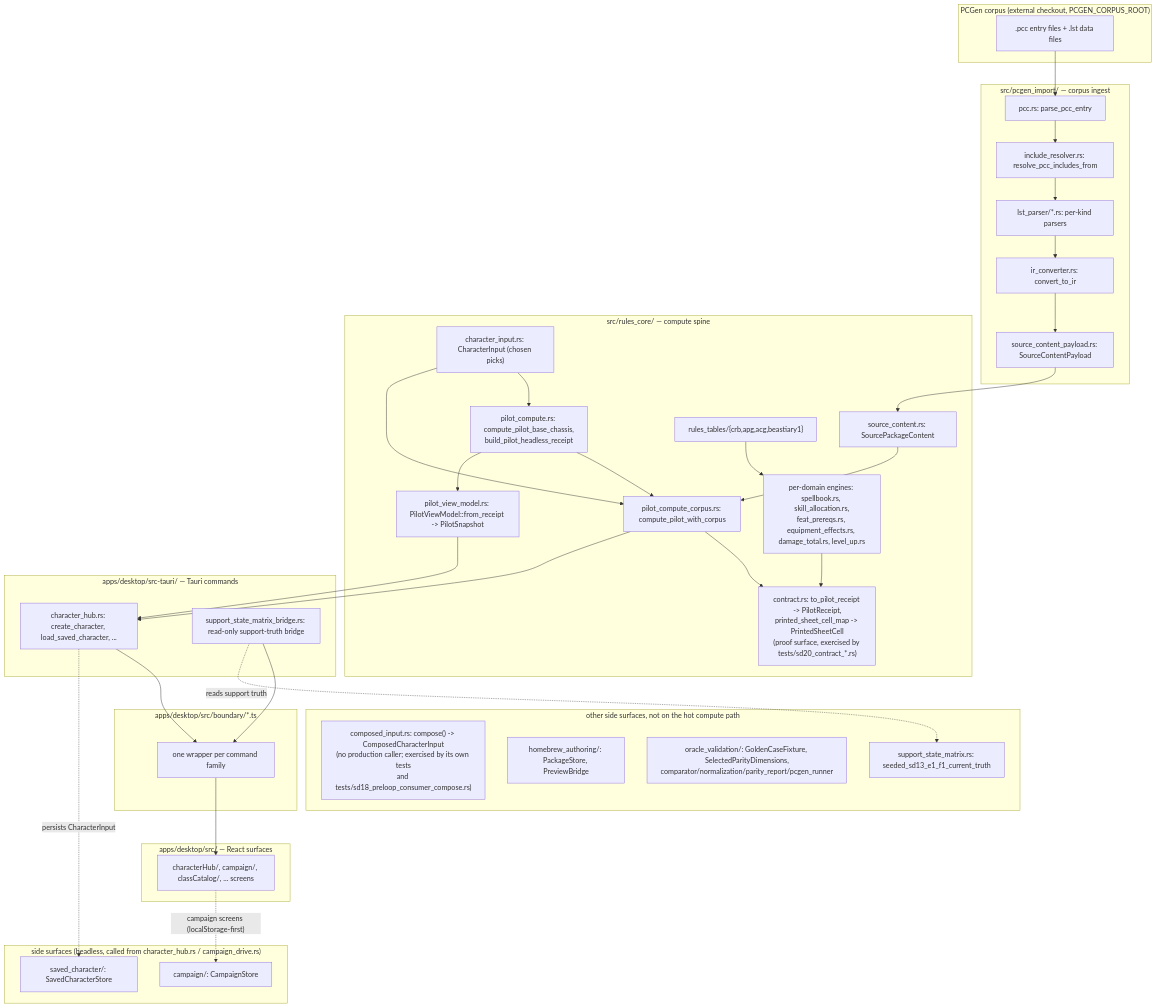
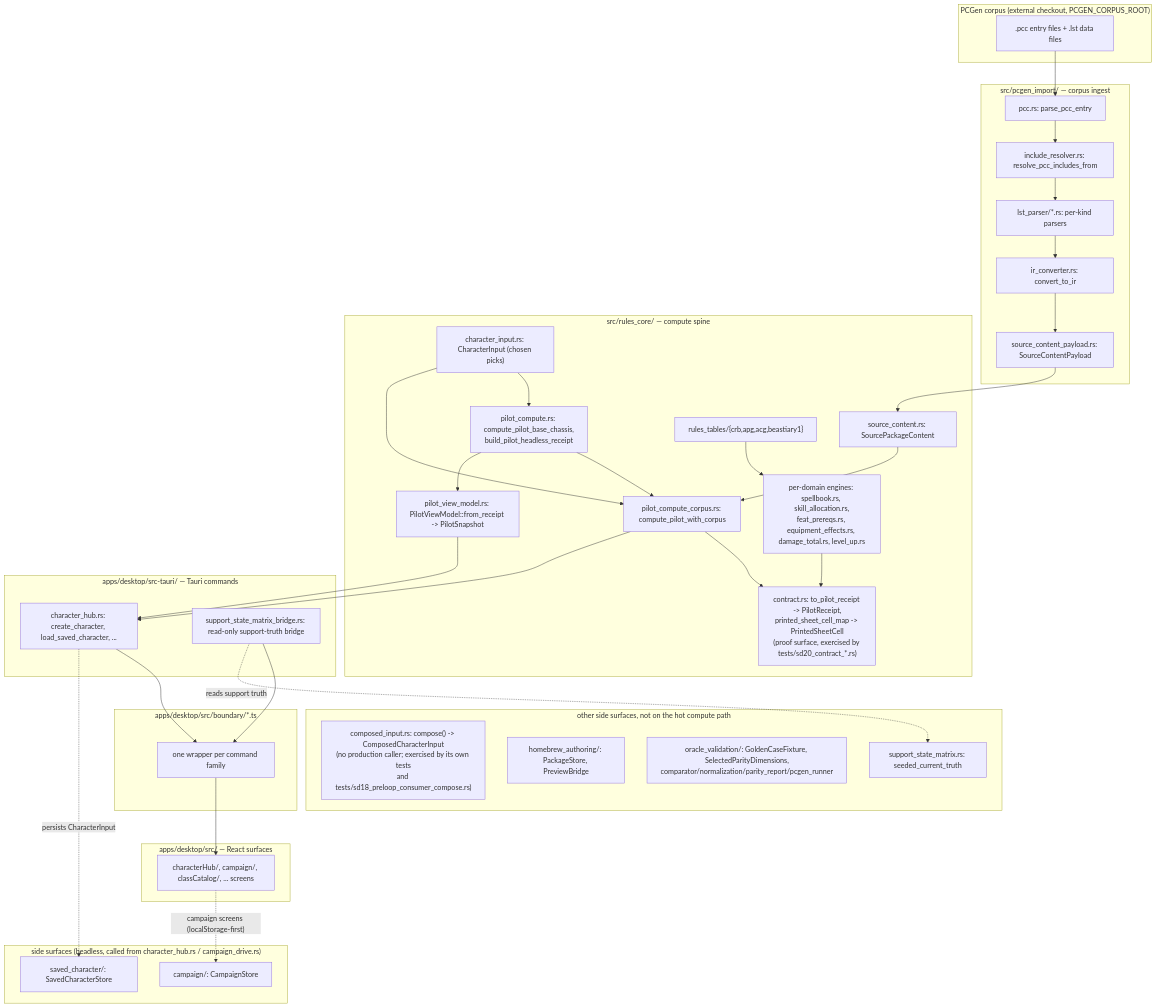
Before and after one commit to electricm0nk/codex: the diagram in docs/architecture/overview.md, drawn with Mermaid. The commit also changed 442 other files, not shown here.

````diff
--- a/docs/architecture/overview.md
+++ b/docs/architecture/overview.md
@@ -59,67 +59,67 @@
 ```mermaid
 flowchart TD
     subgraph corpus["PCGen corpus (external checkout, PCGEN_CORPUS_ROOT)"]
         PCC[".pcc entry files + .lst data files"]
     end
 
     subgraph ingest["src/pcgen_import/ — corpus ingest"]
         PCCRS["pcc.rs: parse_pcc_entry"]
         INC["include_resolver.rs: resolve_pcc_includes_from"]
         LST["lst_parser/*.rs: per-kind parsers"]
         IRC["ir_converter.rs: convert_to_ir"]
         SCP["source_content_payload.rs: SourceContentPayload"]
     end
 
     subgraph rulescore["src/rules_core/ — compute spine"]
         SC["source_content.rs: SourcePackageContent"]
         CI["character_input.rs: CharacterInput (chosen picks)"]
         PC["pilot_compute.rs: compute_pilot_base_chassis,\nbuild_pilot_headless_receipt"]
         PCC2["pilot_compute_corpus.rs: compute_pilot_with_corpus"]
         VM["pilot_view_model.rs: PilotViewModel::from_receipt -> PilotSnapshot"]
         DOMAIN["per-domain engines: spellbook.rs, skill_allocation.rs,\nfeat_prereqs.rs, equipment_effects.rs, damage_total.rs, level_up.rs"]
         TABLES["rules_tables/{crb,apg,acg,beastiary1}"]
         CONTRACT["contract.rs: to_pilot_receipt -> PilotReceipt,\nprinted_sheet_cell_map -> PrintedSheetCell\n(proof surface, exercised by tests/sd20_contract_*.rs)"]
     end
 
     subgraph tauri["apps/desktop/src-tauri/ — Tauri commands"]
         CH["character_hub.rs: create_character, load_saved_character, ..."]
         SD13B["support_state_matrix_bridge.rs: read-only support-truth bridge"]
     end
 
     subgraph boundary["apps/desktop/src/boundary/*.ts"]
         BND["one wrapper per command family"]
     end
 
     subgraph react["apps/desktop/src/ — React surfaces"]
         UI["characterHub/, campaign/, classCatalog/, ... screens"]
     end
 
     PCC --> PCCRS --> INC --> LST --> IRC --> SCP --> SC
     CI --> PC
     CI --> PCC2
     SC --> PCC2
     PC --> PCC2
     TABLES --> DOMAIN
     PCC2 --> CONTRACT
     DOMAIN --> CONTRACT
     PC --> VM
     VM --> CH
     PCC2 --> CH
     CH --> BND --> UI
     SD13B --> BND
 
     subgraph persist["side surfaces (headless, called from character_hub.rs / campaign_drive.rs)"]
         SAVED["saved_character/: SavedCharacterStore"]
         CAMP["campaign/: CampaignStore"]
     end
     CH -.persists CharacterInput.-> SAVED
     UI -.campaign screens (localStorage-first).-> CAMP
 
     subgraph side["other side surfaces, not on the hot compute path"]
         COMP["composed_input.rs: compose() -> ComposedCharacterInput\n(no production caller; exercised by its own tests\nand tests/sd18_preloop_consumer_compose.rs)"]
         HB["homebrew_authoring/: PackageStore, PreviewBridge"]
         OV["oracle_validation/: GoldenCaseFixture, SelectedParityDimensions,\ncomparator/normalization/parity_report/pcgen_runner"]
-        SSM["support_state_matrix.rs: seeded_sd13_e1_f1_current_truth"]
+        SSM["support_state_matrix.rs: seeded_current_truth"]
     end
     SD13B -.reads support truth.-> SSM
 ```
````
